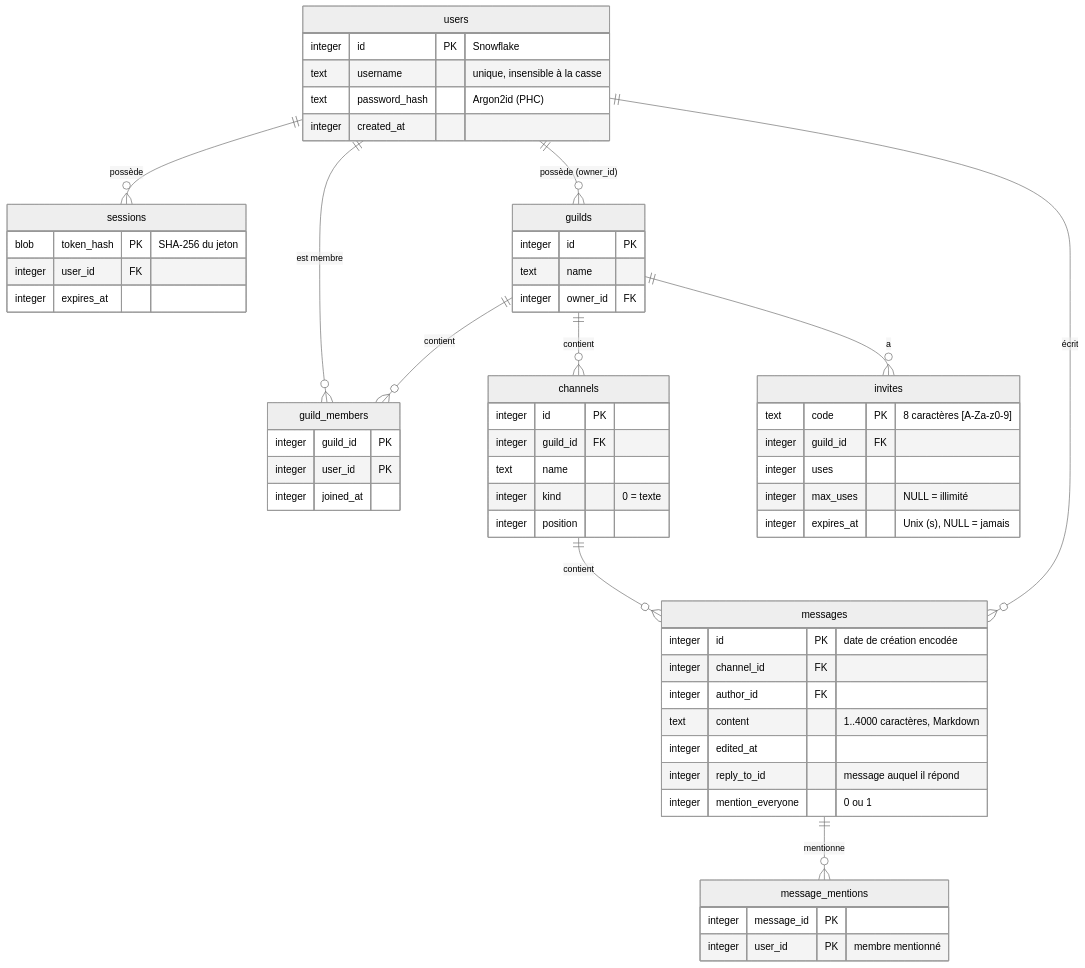
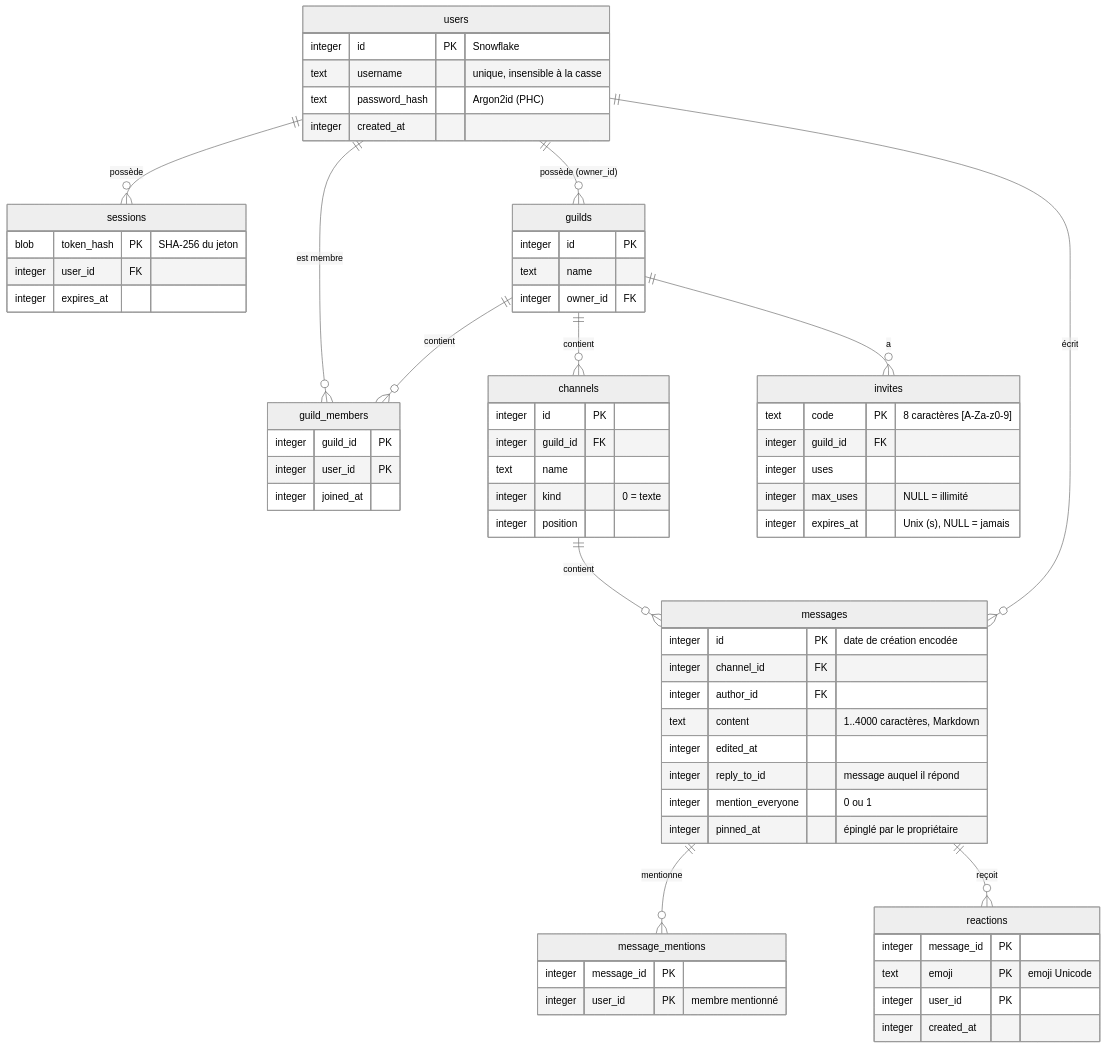
Before and after one commit to DonRosio/plume-lite: the fourth of 4 diagrams in docs/ARCHITECTURE.md, drawn with Mermaid (neutral theme). The commit also changed other lines of this file and 39 other files, not shown here.

````diff
--- a/docs/ARCHITECTURE.md
+++ b/docs/ARCHITECTURE.md
@@ -167,60 +167,68 @@
 ```mermaid
 erDiagram
     users ||--o{ sessions : "possède"
     users ||--o{ guild_members : "est membre"
     guilds ||--o{ guild_members : "contient"
     users ||--o{ guilds : "possède (owner_id)"
     guilds ||--o{ channels : "contient"
     channels ||--o{ messages : "contient"
     users ||--o{ messages : "écrit"
     messages ||--o{ message_mentions : "mentionne"
+    messages ||--o{ reactions : "reçoit"
     guilds ||--o{ invites : "a"
     users {
         integer id PK "Snowflake"
         text username "unique, insensible à la casse"
         text password_hash "Argon2id (PHC)"
         integer created_at
     }
     sessions {
         blob token_hash PK "SHA-256 du jeton"
         integer user_id FK
         integer expires_at
     }
     guilds {
         integer id PK
         text name
         integer owner_id FK
     }
     guild_members {
         integer guild_id PK
         integer user_id PK
         integer joined_at
     }
     channels {
         integer id PK
         integer guild_id FK
         text name
         integer kind "0 = texte"
         integer position
     }
     messages {
         integer id PK "date de création encodée"
         integer channel_id FK
         integer author_id FK
         text content "1..4000 caractères, Markdown"
         integer edited_at
         integer reply_to_id "message auquel il répond"
         integer mention_everyone "0 ou 1"
+        integer pinned_at "épinglé par le propriétaire"
+    }
+    reactions {
+        integer message_id PK
+        text emoji PK "emoji Unicode"
+        integer user_id PK
+        integer created_at
     }
     message_mentions {
         integer message_id PK
         integer user_id PK "membre mentionné"
     }
     invites {
         text code PK "8 caractères [A-Za-z0-9]"
         integer guild_id FK
         integer uses
         integer max_uses "NULL = illimité"
         integer expires_at "Unix (s), NULL = jamais"
     }
 ```
````
